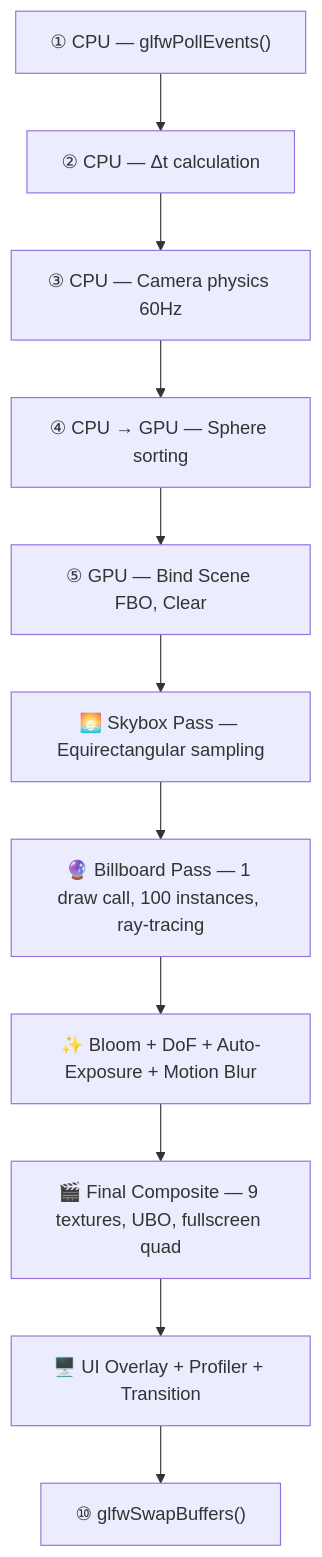
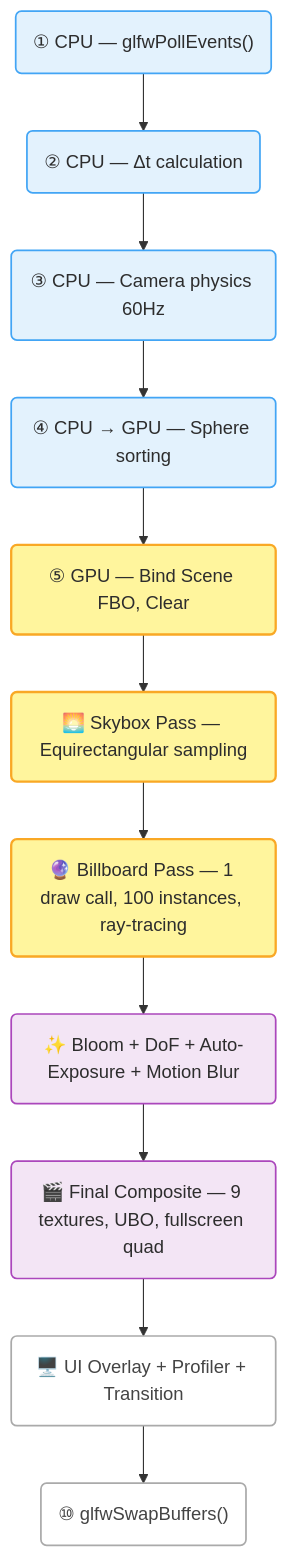
Before and after one commit to yoyonel/blog_source: diagram 17 of 17 in content/suckless-ogl-anatomie-frame-en.md, drawn with Mermaid. The commit also changed other lines of this file and 4 other files, not shown here.

First line of the commit message:
refactor(mermaid): hand-drawn style + forced light mode for all browsers

```diff
--- a/content/suckless-ogl-anatomie-frame-en.md
+++ b/content/suckless-ogl-anatomie-frame-en.md
@@ -980,13 +1073,23 @@
 <pre class="mermaid">
 graph TD
-    POLL["① CPU — glfwPollEvents()"] --> TIME["② CPU — Δt calculation"]
-    TIME --> CAM["③ CPU — Camera physics 60Hz"]
-    CAM --> SORT["④ CPU → GPU — Sphere sorting"]
-    SORT --> FBO["⑤ GPU — Bind Scene FBO, Clear"]
-    FBO --> SKY["🌅 Skybox Pass — Equirectangular sampling"]
-    SKY --> SPHERES["🔮 Billboard Pass — 1 draw call, 100 instances, ray-tracing"]
-    SPHERES --> BLOOM["✨ Bloom + DoF + Auto-Exposure + Motion Blur"]
-    BLOOM --> COMP["🎬 Final Composite — 9 textures, UBO, fullscreen quad"]
-    COMP --> UI["🖥️ UI Overlay + Profiler + Transition"]
-    UI --> SWAP["⑩ glfwSwapBuffers()"]
+    POLL("① CPU — glfwPollEvents()") --> TIME("② CPU — Δt calculation")
+    TIME --> CAM("③ CPU — Camera physics 60Hz")
+    CAM --> SORT("④ CPU → GPU — Sphere sorting")
+    SORT --> FBO("⑤ GPU — Bind Scene FBO, Clear")
+    FBO --> SKY("🌅 Skybox Pass — Equirectangular sampling")
+    SKY --> SPHERES("🔮 Billboard Pass — 1 draw call, 100 instances, ray-tracing")
+    SPHERES --> BLOOM("✨ Bloom + DoF + Auto-Exposure + Motion Blur")
+    BLOOM --> COMP("🎬 Final Composite — 9 textures, UBO, fullscreen quad")
+    COMP --> UI("🖥️ UI Overlay + Profiler + Transition")
+    UI --> SWAP("⑩ glfwSwapBuffers()")
+
+    classDef cpu fill:#e3f2fd,stroke:#42a5f5,stroke-width:1.5px,color:#2d2d2d
+    classDef gpu fill:#fff59d,stroke:#f9a825,stroke-width:2px,color:#2d2d2d
+    classDef postfx fill:#f3e5f5,stroke:#ab47bc,stroke-width:1.5px,color:#2d2d2d
+    classDef subsystem fill:#ffffff,stroke:#aaaaaa,stroke-width:1.5px,color:#444444
+
+    class POLL,TIME,CAM,SORT cpu
+    class FBO,SKY,SPHERES gpu
+    class BLOOM,COMP postfx
+    class UI,SWAP subsystem
 </pre>
```
